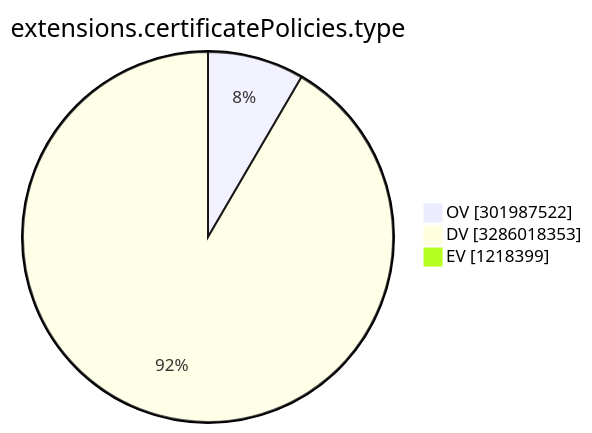
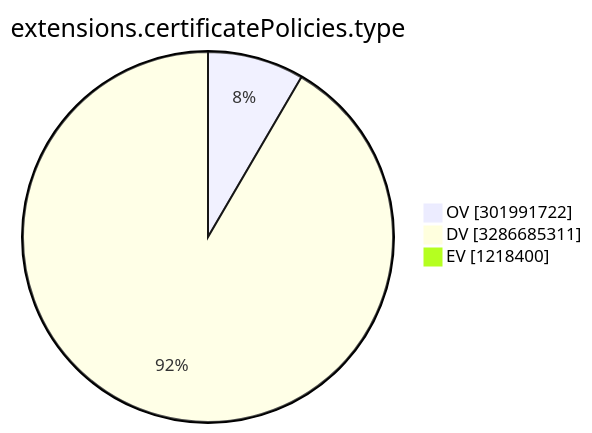
The ninth of 15 diagrams in TOTAL/README.md (christiankrug/ctmonitor_visualization), drawn with Mermaid before and after one commit. The commit also changed other lines of this file, not shown here.

````diff
--- a/TOTAL/README.md
+++ b/TOTAL/README.md
@@ -3107,7 +3107,7 @@
 ```mermaid
 pie showData
 title extensions.certificatePolicies.type
-"OV" :301987522
-"DV" :3286018353
-"EV" :1218399
+"OV" :301991722
+"DV" :3286685311
+"EV" :1218400
 ```
````
